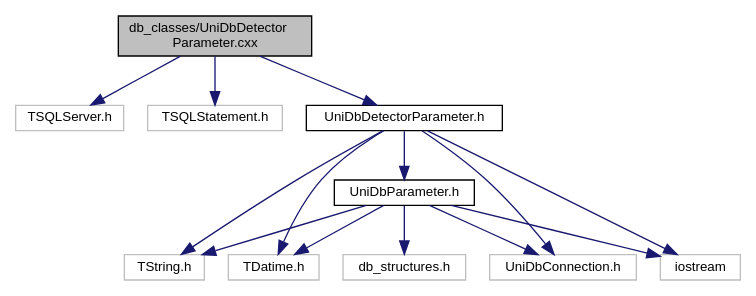
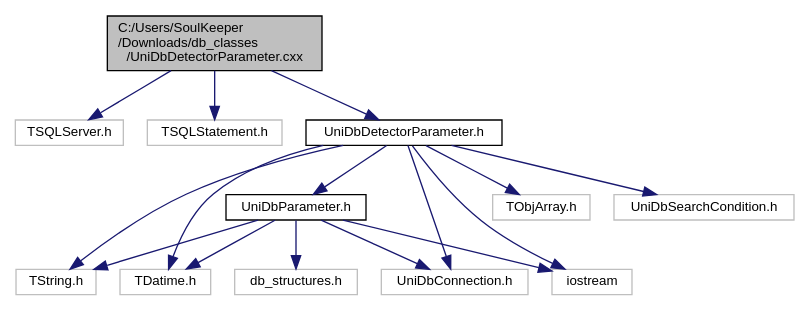
One commit to mam-mih-val/bmnroot changed the diagram in uni_db/docs/ref_man/_uni_db_detector_parameter_8cxx__incl.dot. Above: the diagram before and after it, drawn with Graphviz. The commit also changed 142 other files, not shown here.

```diff
--- a/uni_db/docs/ref_man/_uni_db_detector_parameter_8cxx__incl.dot
+++ b/uni_db/docs/ref_man/_uni_db_detector_parameter_8cxx__incl.dot
@@ -1,28 +1,32 @@
-digraph "db_classes/UniDbDetectorParameter.cxx"
+digraph "C:/Users/SoulKeeper/Downloads/db_classes/UniDbDetectorParameter.cxx"
 {
   edge [fontname="Helvetica",fontsize="10",labelfontname="Helvetica",labelfontsize="10"];
   node [fontname="Helvetica",fontsize="10",shape=record];
-  Node1 [label="db_classes/UniDbDetector\lParameter.cxx",height=0.2,width=0.4,color="black", fillcolor="grey75", style="filled", fontcolor="black"];
+  Node1 [label="C:/Users/SoulKeeper\l/Downloads/db_classes\l/UniDbDetectorParameter.cxx",height=0.2,width=0.4,color="black", fillcolor="grey75", style="filled", fontcolor="black"];
   Node1 -> Node2 [color="midnightblue",fontsize="10",style="solid",fontname="Helvetica"];
   Node2 [label="TSQLServer.h",height=0.2,width=0.4,color="grey75", fillcolor="white", style="filled"];
   Node1 -> Node3 [color="midnightblue",fontsize="10",style="solid",fontname="Helvetica"];
   Node3 [label="TSQLStatement.h",height=0.2,width=0.4,color="grey75", fillcolor="white", style="filled"];
   Node1 -> Node4 [color="midnightblue",fontsize="10",style="solid",fontname="Helvetica"];
   Node4 [label="UniDbDetectorParameter.h",height=0.2,width=0.4,color="black", fillcolor="white", style="filled",URL="$_uni_db_detector_parameter_8h.html"];
   Node4 -> Node5 [color="midnightblue",fontsize="10",style="solid",fontname="Helvetica"];
   Node5 [label="TString.h",height=0.2,width=0.4,color="grey75", fillcolor="white", style="filled"];
   Node4 -> Node6 [color="midnightblue",fontsize="10",style="solid",fontname="Helvetica"];
   Node6 [label="TDatime.h",height=0.2,width=0.4,color="grey75", fillcolor="white", style="filled"];
   Node4 -> Node7 [color="midnightblue",fontsize="10",style="solid",fontname="Helvetica"];
-  Node7 [label="UniDbConnection.h",height=0.2,width=0.4,color="grey75", fillcolor="white", style="filled"];
+  Node7 [label="TObjArray.h",height=0.2,width=0.4,color="grey75", fillcolor="white", style="filled"];
   Node4 -> Node8 [color="midnightblue",fontsize="10",style="solid",fontname="Helvetica"];
-  Node8 [label="UniDbParameter.h",height=0.2,width=0.4,color="black", fillcolor="white", style="filled",URL="$_uni_db_parameter_8h.html"];
-  Node8 -> Node5 [color="midnightblue",fontsize="10",style="solid",fontname="Helvetica"];
-  Node8 -> Node6 [color="midnightblue",fontsize="10",style="solid",fontname="Helvetica"];
-  Node8 -> Node7 [color="midnightblue",fontsize="10",style="solid",fontname="Helvetica"];
-  Node8 -> Node9 [color="midnightblue",fontsize="10",style="solid",fontname="Helvetica"];
-  Node9 [label="db_structures.h",height=0.2,width=0.4,color="grey75", fillcolor="white", style="filled"];
-  Node8 -> Node10 [color="midnightblue",fontsize="10",style="solid",fontname="Helvetica"];
-  Node10 [label="iostream",height=0.2,width=0.4,color="grey75", fillcolor="white", style="filled"];
+  Node8 [label="UniDbConnection.h",height=0.2,width=0.4,color="grey75", fillcolor="white", style="filled"];
+  Node4 -> Node9 [color="midnightblue",fontsize="10",style="solid",fontname="Helvetica"];
+  Node9 [label="UniDbSearchCondition.h",height=0.2,width=0.4,color="grey75", fillcolor="white", style="filled"];
   Node4 -> Node10 [color="midnightblue",fontsize="10",style="solid",fontname="Helvetica"];
+  Node10 [label="UniDbParameter.h",height=0.2,width=0.4,color="black", fillcolor="white", style="filled",URL="$_uni_db_parameter_8h.html"];
+  Node10 -> Node5 [color="midnightblue",fontsize="10",style="solid",fontname="Helvetica"];
+  Node10 -> Node6 [color="midnightblue",fontsize="10",style="solid",fontname="Helvetica"];
+  Node10 -> Node8 [color="midnightblue",fontsize="10",style="solid",fontname="Helvetica"];
+  Node10 -> Node11 [color="midnightblue",fontsize="10",style="solid",fontname="Helvetica"];
+  Node11 [label="db_structures.h",height=0.2,width=0.4,color="grey75", fillcolor="white", style="filled"];
+  Node10 -> Node12 [color="midnightblue",fontsize="10",style="solid",fontname="Helvetica"];
+  Node12 [label="iostream",height=0.2,width=0.4,color="grey75", fillcolor="white", style="filled"];
+  Node4 -> Node12 [color="midnightblue",fontsize="10",style="solid",fontname="Helvetica"];
 }
```
